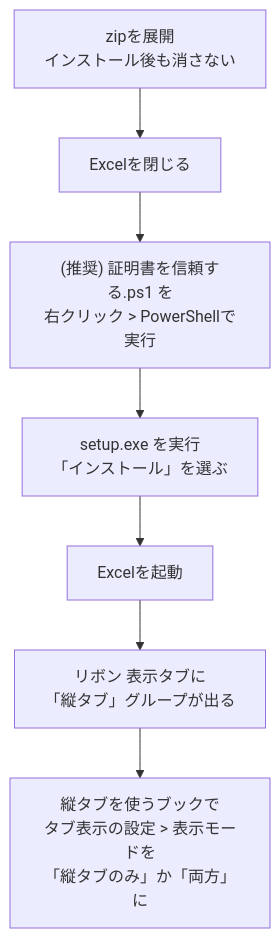
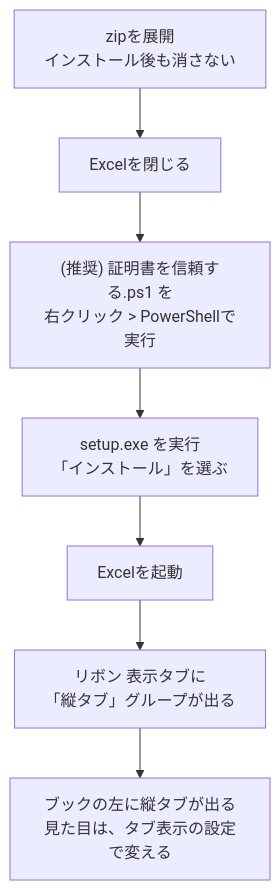
One commit to nk-taka623/VerticalSheetTabs changed the first of 4 diagrams in README.md. Above: the diagram before and after it, drawn with Mermaid. The commit also changed other lines of this file and 4 other files, not shown here.

````diff
--- a/README.md
+++ b/README.md
@@ -297,9 +304,9 @@
 ```mermaid
 flowchart TD
     A[zipを展開<br/>インストール後も消さない] --> B[Excelを閉じる]
     B --> C["(推奨) 証明書を信頼する.ps1 を<br/>右クリック > PowerShellで実行"]
     C --> D[setup.exe を実行<br/>「インストール」を選ぶ]
     D --> E[Excelを起動]
     E --> F[リボン 表示タブに<br/>「縦タブ」グループが出る]
-    F --> G[縦タブを使うブックで<br/>タブ表示の設定 > 表示モードを<br/>「縦タブのみ」か「両方」に]
+    F --> G[ブックの左に縦タブが出る<br/>見た目は、タブ表示の設定で変える]
 ```
````
